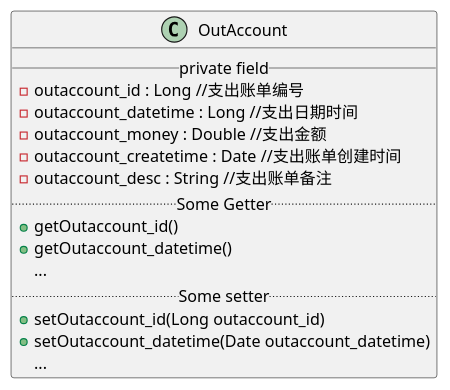
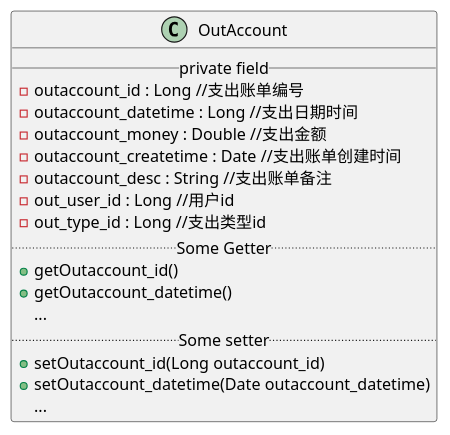
Diagram 13 of 30 in docs/UML/plantuml.md (xiaokangxxs/notebook), drawn with PlantUML before and after one commit. The commit also changed other lines of this file and 2 other files, not shown here.

Commit message:
update hadoop-ha and update familyaccount-plantuml

````diff
--- a/docs/UML/plantuml.md
+++ b/docs/UML/plantuml.md
@@ -265,22 +260,24 @@
 ```plantuml
 @startuml
 
 class OutAccount {
 __ private field __
  -outaccount_id : Long //支出账单编号
  -outaccount_datetime : Long //支出日期时间
  -outaccount_money : Double //支出金额
  -outaccount_createtime : Date //支出账单创建时间
  -outaccount_desc : String //支出账单备注
+ -out_user_id : Long //用户id
+ -out_type_id : Long //支出类型id 
 .. Some Getter ..
   + getOutaccount_id()
   + getOutaccount_datetime()
   ...
 .. Some setter ..
   + setOutaccount_id(Long outaccount_id)
   + setOutaccount_datetime(Date outaccount_datetime)
   ...
 }
 
 @enduml
 ```
````
